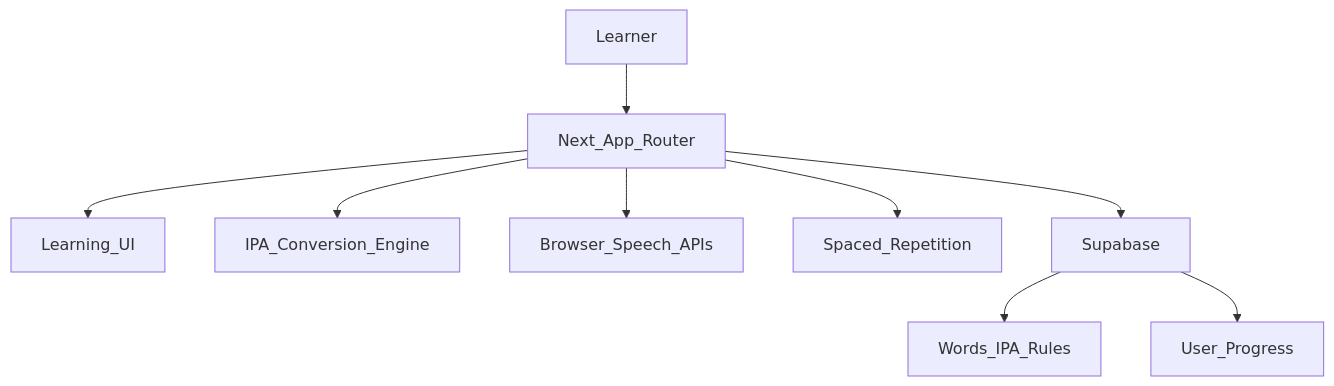
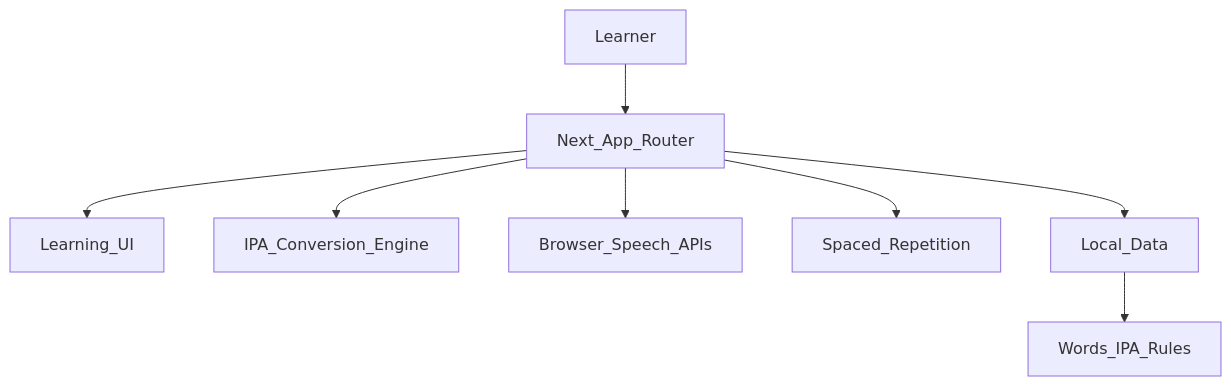
Before and after one commit to quyenkimthuyen/ThuyenRepo: the diagram in VietNamSpeak/docs/architecture.md, drawn with Mermaid. The commit also changed other lines of this file and 17 other files, not shown here.

````diff
--- a/VietNamSpeak/docs/architecture.md
+++ b/VietNamSpeak/docs/architecture.md
@@ -3,11 +3,10 @@
 ```mermaid
 flowchart TD
   learner[Learner] --> nextApp[Next_App_Router]
   nextApp --> ui[Learning_UI]
   nextApp --> ipaEngine[IPA_Conversion_Engine]
   nextApp --> browserSpeech[Browser_Speech_APIs]
   nextApp --> srs[Spaced_Repetition]
-  nextApp --> supabase[Supabase]
-  supabase --> content[Words_IPA_Rules]
-  supabase --> progress[User_Progress]
+  nextApp --> localData[Local_Data]
+  localData --> content[Words_IPA_Rules]
 ```
````
